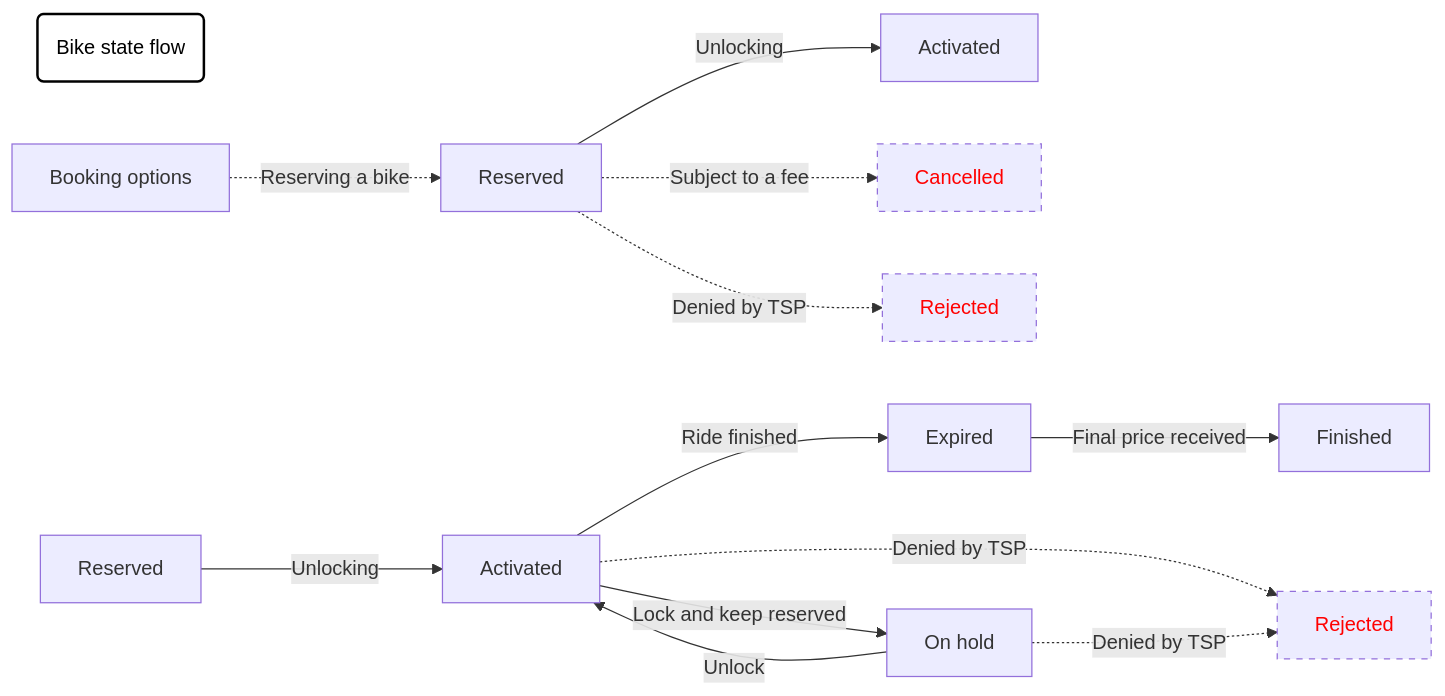
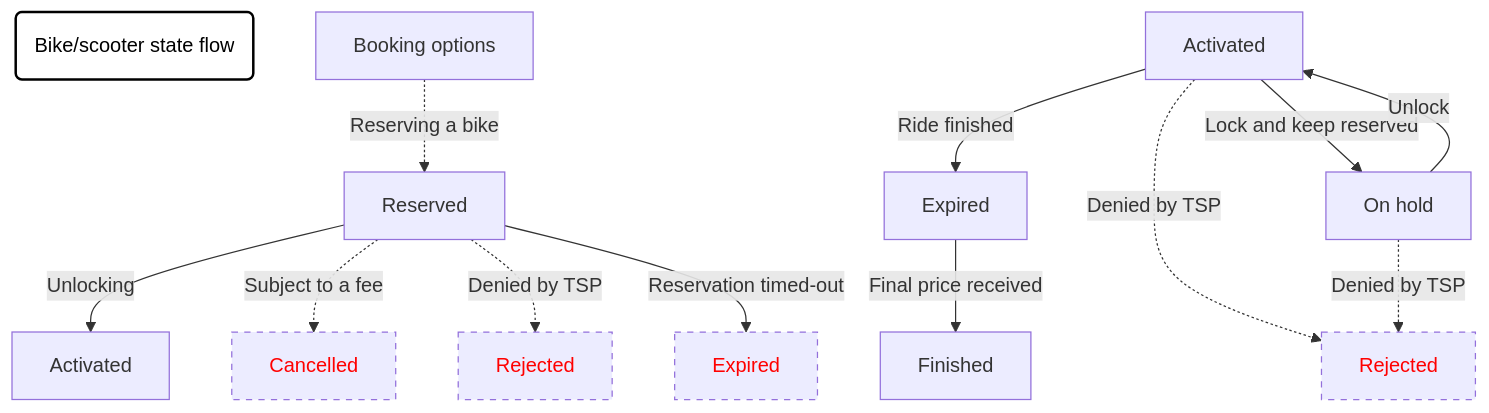
The diagram in specs/workflow/bike.mmd (maasglobal/maas-tsp-api), drawn with Mermaid before and after one commit. The commit also changed 4 other files, not shown here.

```diff
--- a/specs/workflow/bike.mmd
+++ b/specs/workflow/bike.mmd
@@ -1,19 +1,20 @@
-graph LR
-  label1(Bike state flow)
+graph TD
+  label1(Bike/scooter state flow)
   %% MermaidJS workflow graph for Bike or E-bike TSP
   %% Use https://mermaid-js.github.io/mermaid-live-editor/ to edit
   Options[Booking options] -.->|Reserving a bike | Reserved
   Reserved -->|Unlocking| Activated2[Activated]
   Reserved -.->|Subject to a fee| Cancelled
   Reserved -.->|Denied by TSP| Rejected
-  Reserved2[Reserved] -->|Unlocking| Activated
+  Reserved -->|Reservation timed-out| Expired2[Expired]
   Activated -->|Ride finished| Expired
   Activated -->|Lock and keep reserved| On_hold[On hold]
   Expired -->|Final price received| Finished
   On_hold[On hold] -->|Unlock| Activated
   Activated -.->|Denied by TSP| Rejected2[Rejected]
   On_hold[On hold] -.->|Denied by TSP| Rejected2[Rejected]
   style Cancelled color:red,stroke-dasharray: 5, 5
   style Rejected color:red,stroke-dasharray: 5, 5
   style Rejected2 color:red,stroke-dasharray: 5, 5
+  style Expired2 color:red,stroke-dasharray: 5, 5
   style label1 stroke-width:2px,color:black,stroke:black,fill:white
```
